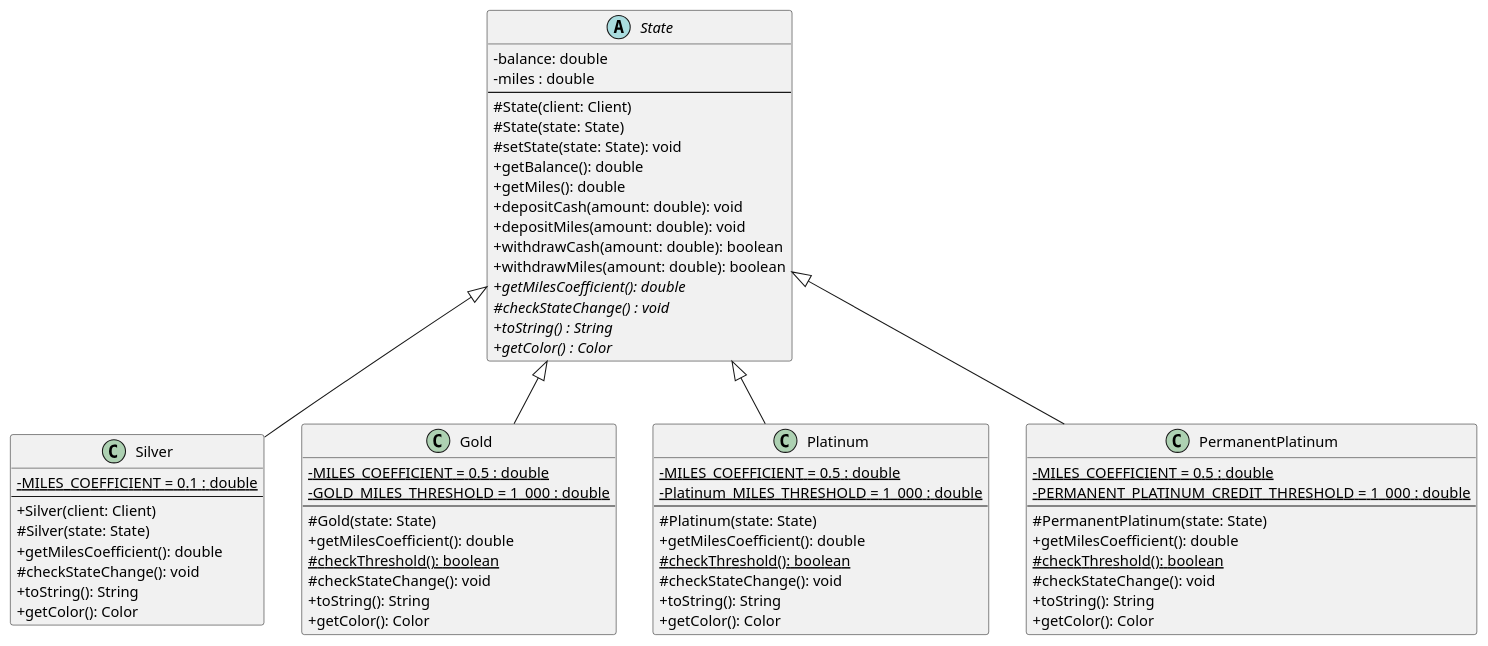
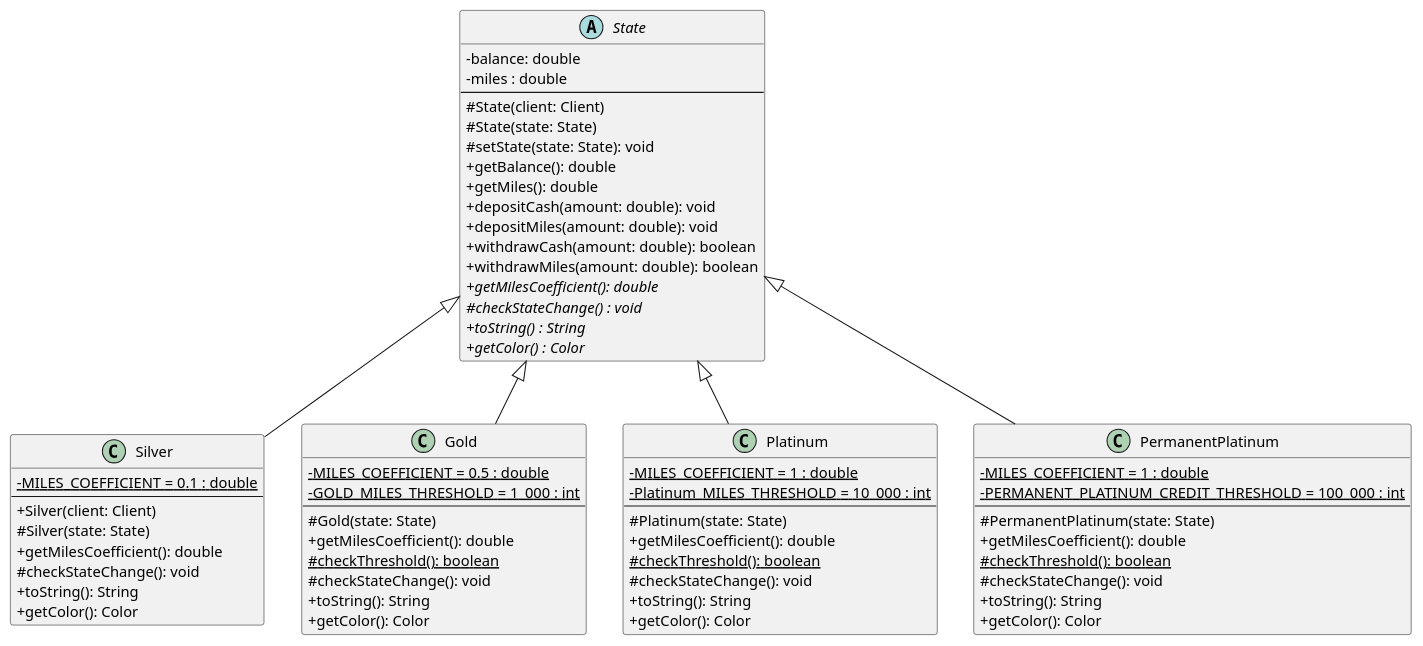
One commit to LeonardJouve/mcr-02 changed the diagram in uml/class_diagram.puml. Above: the diagram before and after it, drawn with PlantUML.

```diff
--- a/uml/class_diagram.puml
+++ b/uml/class_diagram.puml
@@ -1,75 +1,75 @@
 @startuml
 skinparam classAttributeIconSize 0
 
 abstract class State {
     - balance: double
     - miles : double
     --
     # State(client: Client)
     # State(state: State)
     # setState(state: State): void
     + getBalance(): double
     + getMiles(): double
     + depositCash(amount: double): void
     + depositMiles(amount: double): void
     + withdrawCash(amount: double): boolean
     + withdrawMiles(amount: double): boolean
     {abstract} + getMilesCoefficient(): double
     {abstract} # checkStateChange() : void
     {abstract} + toString() : String
     {abstract} + getColor() : Color
 }
 
 class Silver {
     - {static} MILES_COEFFICIENT = 0.1 : double
     --
     + Silver(client: Client)
     # Silver(state: State)
     + getMilesCoefficient(): double
     # checkStateChange(): void
     + toString(): String
     + getColor(): Color
 }
 
 class Gold {
     - {static} MILES_COEFFICIENT = 0.5 : double
-    - {static} GOLD_MILES_THRESHOLD = 1_000 : double
+    - {static} GOLD_MILES_THRESHOLD = 1_000 : int
     --
     # Gold(state: State)
     + getMilesCoefficient(): double
     {static} # checkThreshold(): boolean
     # checkStateChange(): void
     + toString(): String
     + getColor(): Color
 }
 
 class Platinum {
-    - {static} MILES_COEFFICIENT = 0.5 : double
-    - {static} Platinum_MILES_THRESHOLD = 1_000 : double
+    - {static} MILES_COEFFICIENT = 1 : double
+    - {static} Platinum_MILES_THRESHOLD = 10_000 : int
     --
     # Platinum(state: State)
     + getMilesCoefficient(): double
     {static} # checkThreshold(): boolean
     # checkStateChange(): void
     + toString(): String
     + getColor(): Color
 }
 
 class PermanentPlatinum {
-    - {static} MILES_COEFFICIENT = 0.5 : double
-    - {static} PERMANENT_PLATINUM_CREDIT_THRESHOLD = 1_000 : double
+    - {static} MILES_COEFFICIENT = 1 : double
+    - {static} PERMANENT_PLATINUM_CREDIT_THRESHOLD = 100_000 : int
     --
     # PermanentPlatinum(state: State)
     + getMilesCoefficient(): double
     {static} # checkThreshold(): boolean
     # checkStateChange(): void
     + toString(): String
     + getColor(): Color
 }
 
 State <|-- Silver
 State <|-- Gold
 State <|-- Platinum
 State <|-- PermanentPlatinum
 
 @enduml
```
